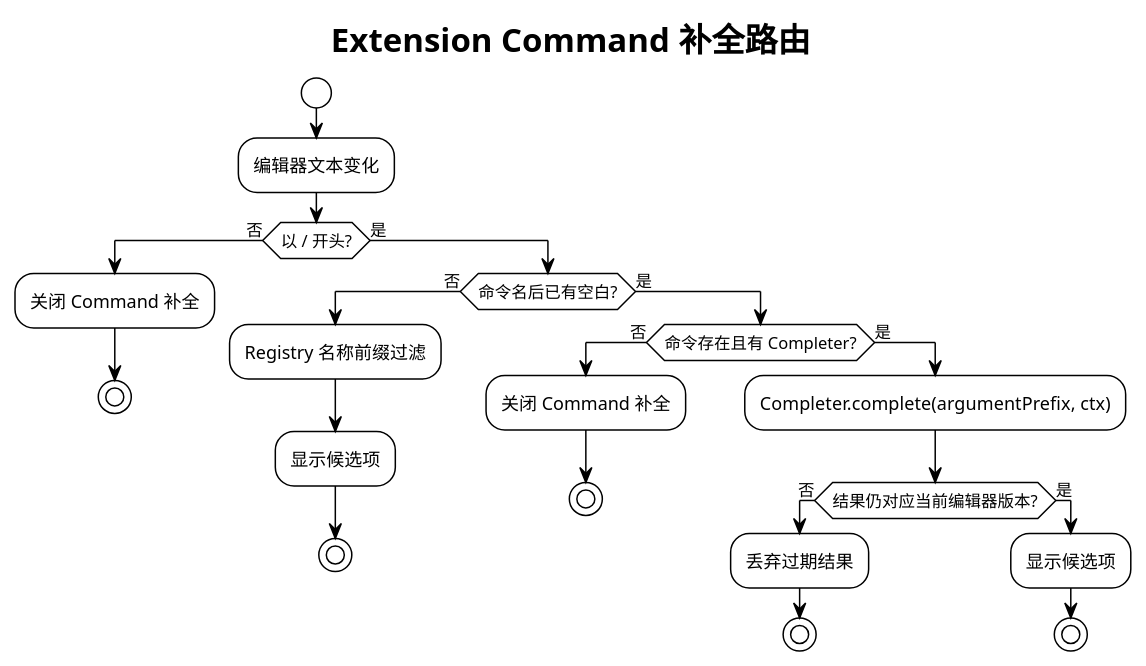
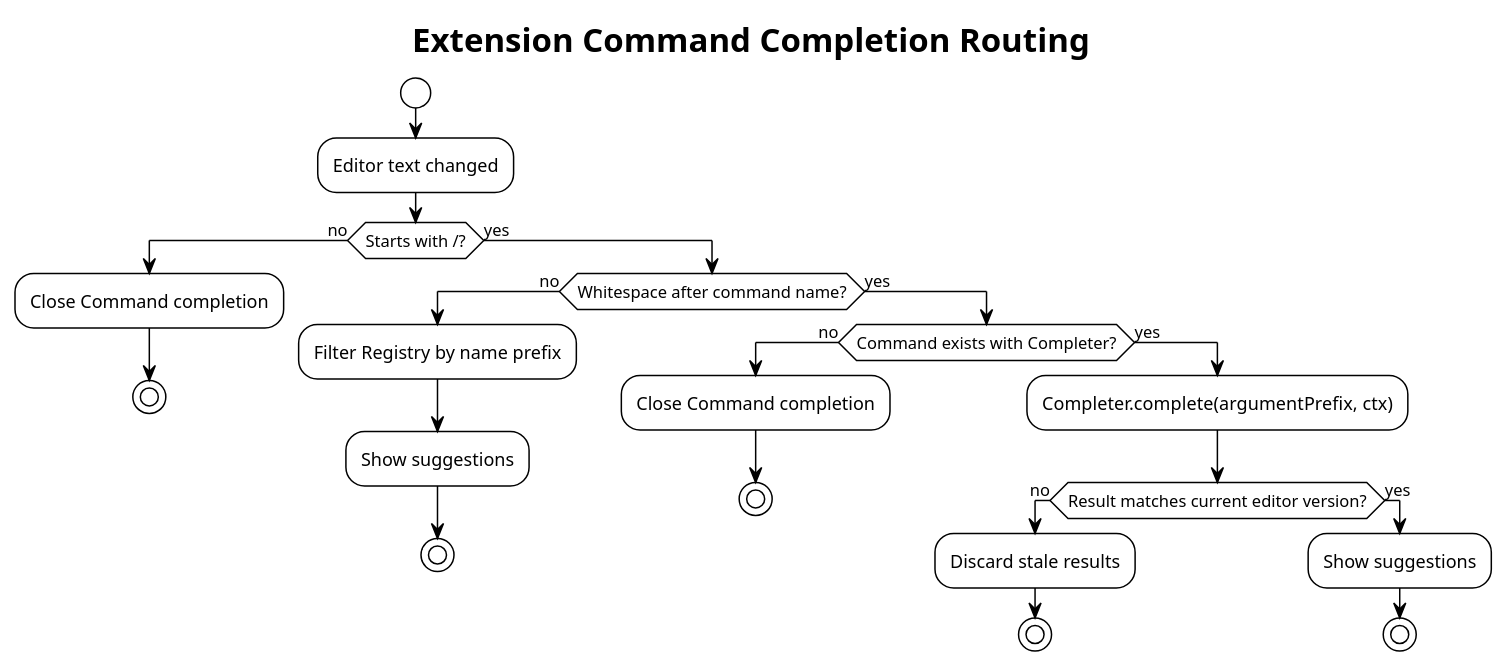
Before and after one commit to superheromeZzh/pi-mono-java-design: diagram 12 of 20 in diagrams/extension-command/diagram.puml, drawn with PlantUML. The commit also changed other lines of this file and 48 other files, not shown here.

Commit message:
docs: require English PlantUML diagrams

```diff
--- a/diagrams/extension-command/diagram.puml
+++ b/diagrams/extension-command/diagram.puml
@@ -433,38 +433,38 @@
 @startuml 12-completion-routing
 ' pi source: packages/coding-agent/src/modes/interactive/interactive-mode.ts:499-570
 ' pi source: packages/tui/src/autocomplete.ts:308-358
 ' Design reason: share registry-backed name completion and invoke argument completers only after command resolution.
 !theme plain
 !pragma layout smetana
-skinparam defaultFontName "PingFang SC"
+skinparam defaultFontName "SansSerif"
 skinparam shadowing false
 skinparam backgroundColor transparent
-title Extension Command 补全路由
+title Extension Command Completion Routing
 
 start
-:编辑器文本变化;
-if (以 / 开头?) then (否)
-  :关闭 Command 补全;
+:Editor text changed;
+if (Starts with /?) then (no)
+  :Close Command completion;
   stop
-else (是)
-  if (命令名后已有空白?) then (否)
-    :Registry 名称前缀过滤;
-    :显示候选项;
+else (yes)
+  if (Whitespace after command name?) then (no)
+    :Filter Registry by name prefix;
+    :Show suggestions;
     stop
-  else (是)
-    if (命令存在且有 Completer?) then (否)
-      :关闭 Command 补全;
+  else (yes)
+    if (Command exists with Completer?) then (no)
+      :Close Command completion;
       stop
-    else (是)
+    else (yes)
       :Completer.complete(argumentPrefix, ctx);
-      if (结果仍对应当前编辑器版本?) then (否)
-        :丢弃过期结果;
+      if (Result matches current editor version?) then (no)
+        :Discard stale results;
         stop
-      else (是)
-        :显示候选项;
+      else (yes)
+        :Show suggestions;
         stop
       endif
     endif
   endif
 endif
 @enduml
```
